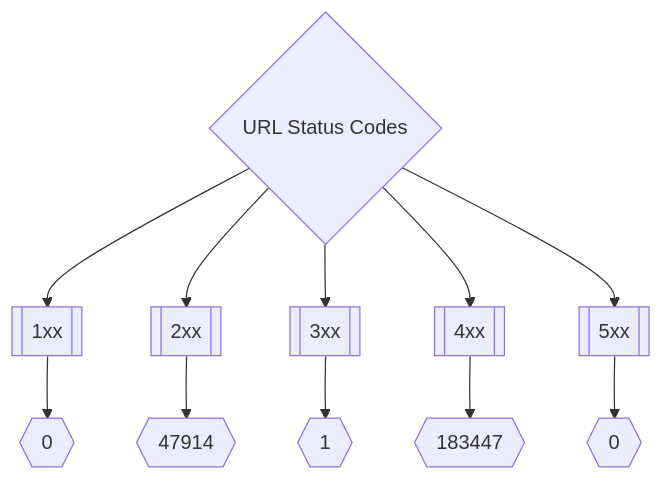
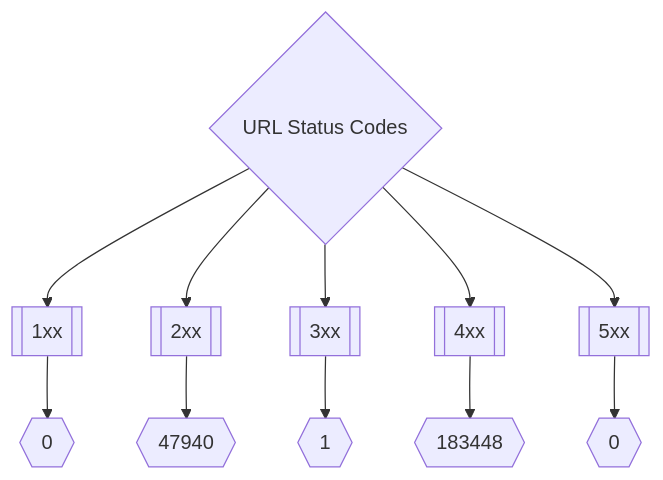
One commit to trickest/inventory changed the second of 3 diagrams in README.md. Above: the diagram before and after it, drawn with Mermaid. The commit also changed other lines of this file and 12 other files, not shown here.

````diff
--- a/README.md
+++ b/README.md
@@ -173,8 +173,8 @@
 ```mermaid
 graph TD
 title{URL Status Codes} --> 1xx[[1xx]] --> status1xxNum{{0}}
-title --> 2xx[[2xx]] --> status2xxNum{{47914}}
+title --> 2xx[[2xx]] --> status2xxNum{{47940}}
 title --> 3xx[[3xx]] --> status3xxNum{{1}}
-title --> 4xx[[4xx]] --> status4xxNum{{183447}}
+title --> 4xx[[4xx]] --> status4xxNum{{183448}}
 title --> 5xx[[5xx]] --> status5xxNum{{0}}
 ```
````
